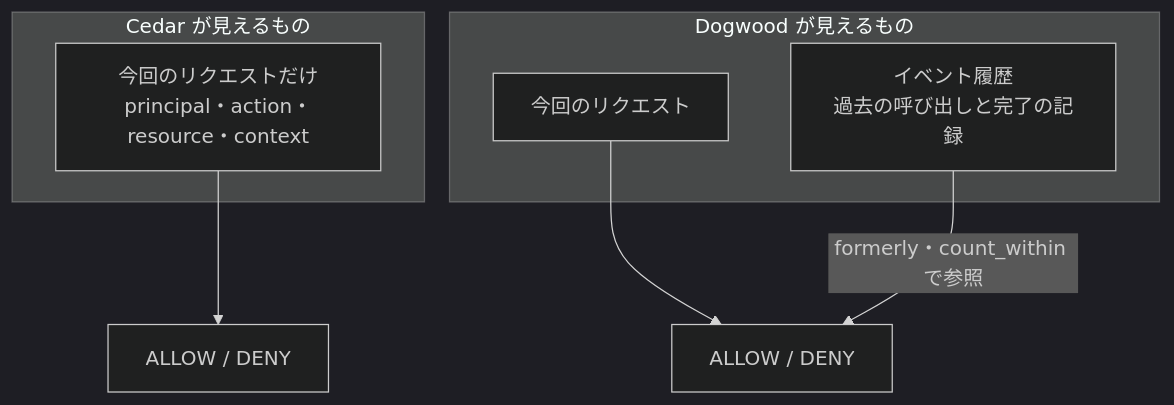
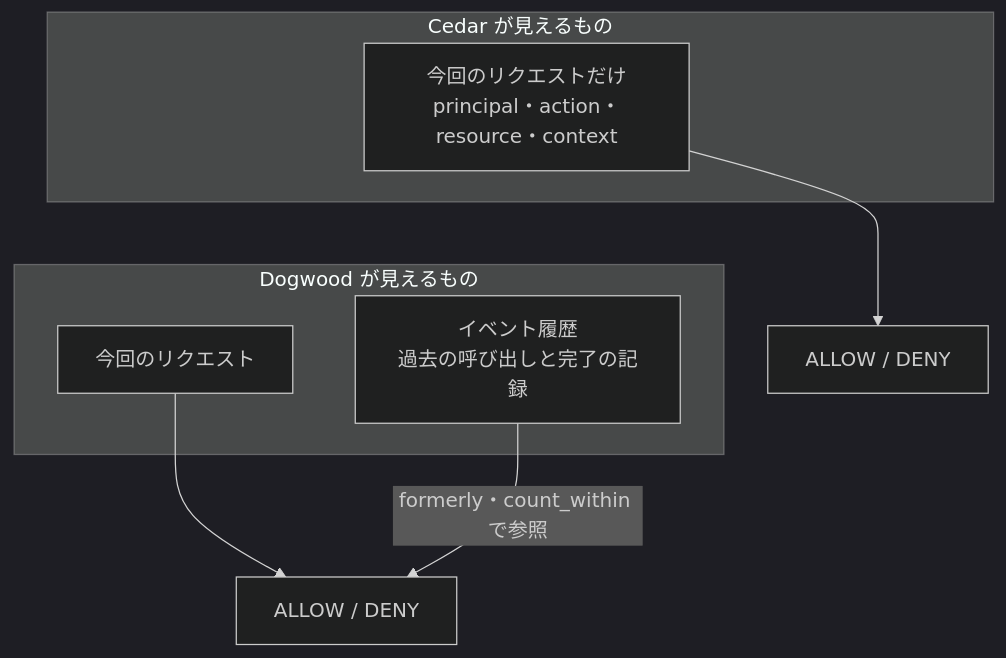
The first of 7 diagrams in articles/030-dogwood-temporal-policy-vs-n8n-guard.md (shinichitazawa/zenn-articles), drawn with Mermaid (dark theme) before and after one commit. The commit also changed other lines of this file and 6 other files, not shown here.

````diff
--- a/articles/030-dogwood-temporal-policy-vs-n8n-guard.md
+++ b/articles/030-dogwood-temporal-policy-vs-n8n-guard.md
@@ -34,13 +34,14 @@
 ```mermaid
 flowchart TB
   subgraph cedar[Cedar が見えるもの]
     R1[今回のリクエストだけ<br/>principal・action・resource・context]
   end
   subgraph dw[Dogwood が見えるもの]
     R2[今回のリクエスト]
     H[イベント履歴<br/>過去の呼び出しと完了の記録]
   end
   R1 --> V1[ALLOW / DENY]
   R2 --> V2[ALLOW / DENY]
   H -->|formerly・count_within で参照| V2
+  R1 ~~~ R2
 ```
````
